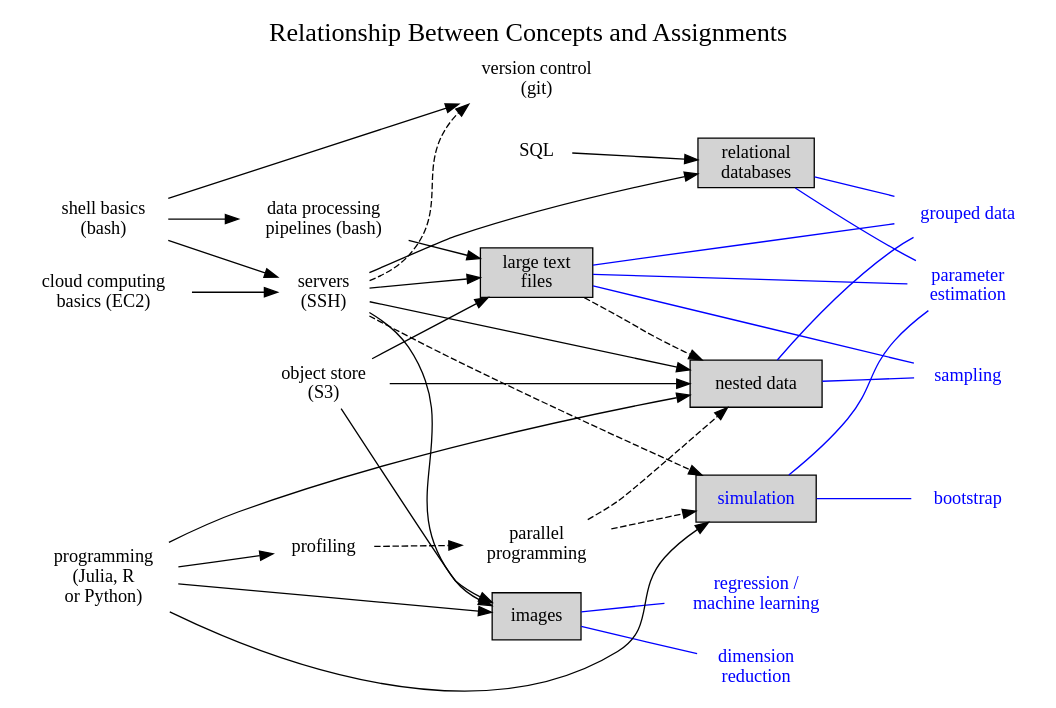
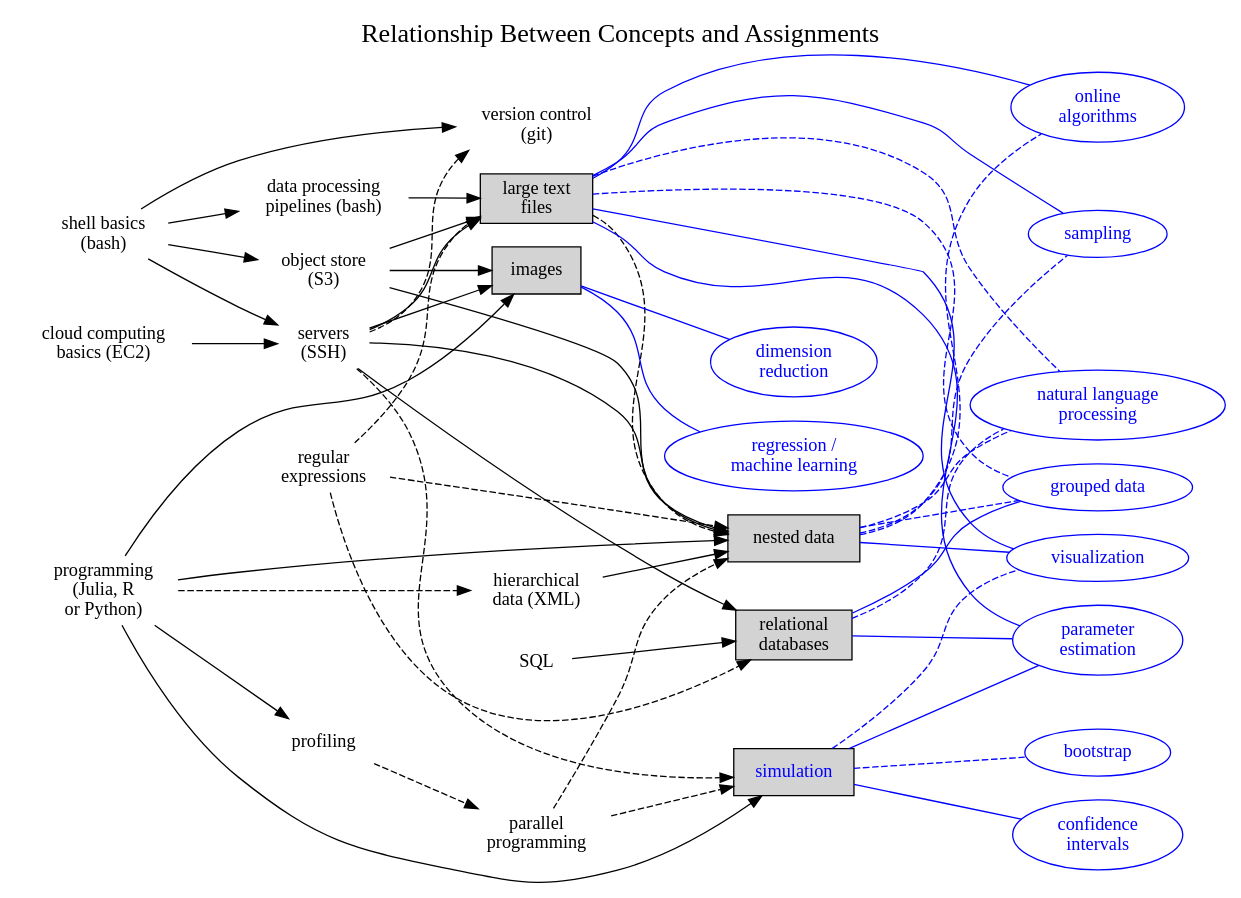
The diagram in order.dot (clarkfitzg/stat196K), drawn with Graphviz before and after one commit.

```diff
--- a/order.dot
+++ b/order.dot
@@ -1,78 +1,103 @@
 digraph {
 rankdir = LR;
 labelloc="t";
 fontsize = 20;
 label="Relationship Between Concepts and Assignments";
 
 // assignments
 node [shape = rectangle, style = filled]
 large_text_files [label = "large text\nfiles"]
 nested_data [label = "nested data"]
 database [label = "relational\ndatabases"]
 images [label = "images"]
 simulation [label = "simulation", fontcolor = blue]
 
 // tech skills
 node [shape = none, style = unfilled]
 shell_basics [label = "shell basics\n(bash)"]
 shell_advanced [label = "data processing\n\pipelines (bash)"]
 ssh [label = "servers\n(SSH)"]
 git [label = "version control\n(git)"]
 profiling
 parallel [label = "parallel\nprogramming"]
 ec2 [label = "cloud computing\nbasics (EC2)"]
 sql [label = "SQL"]
 s3 [label = "object store\n(S3)"]
 programming [label = "programming\n(Julia, R\n or Python)"]
-
-// statistical ideas
-node [shape = none, fontcolor = blue]
-sampling
-bootstrap
-ml [label = "regression /\nmachine learning"]
-grouped [label = "grouped data"]
-estimation [label = "parameter\nestimation"]
-dim_reduce [label = "dimension\nreduction"]
+xml [label = "hierarchical\ndata (XML)"]
+regex [label = "regular\nexpressions"]
 
 // hard dependencies
 shell_basics -> ssh
 shell_basics -> git
 shell_basics -> shell_advanced
+shell_basics -> s3
 shell_advanced -> large_text_files
 ec2 -> ssh
 sql -> database
 s3 -> large_text_files
 s3 -> nested_data
 s3 -> images
 ssh -> large_text_files
 ssh -> nested_data
 ssh -> images
 ssh -> database
 programming -> nested_data
 programming -> profiling
 programming -> images
 programming -> simulation
+xml -> nested_data
+
 
 // soft dependencies
 edge [style = dashed]
+large_text_files -> nested_data
 parallel -> simulation
 parallel -> nested_data
 profiling -> parallel
-large_text_files -> nested_data
+programming -> xml
+regex -> nested_data
+regex -> large_text_files
+regex -> database
 ssh -> simulation
 ssh -> git
 
+// statistical ideas
+node [shape = oval, color = blue, fontcolor = blue]
+sampling
+bootstrap
+visualization
+ml [label = "regression /\nmachine learning"]
+nlp [label = "natural language\nprocessing"]
+grouped [label = "grouped data"]
+estimation [label = "parameter\nestimation"]
+dim_reduce [label = "dimension\nreduction"]
+conf_interval [label = "confidence\nintervals"]
+online_algo [label = "online\nalgorithms"]
+
+// statistics optional connections
+edge [color = blue, dir = none]
+large_text_files -> grouped
+large_text_files -> nlp
+nested_data -> grouped
+nested_data -> sampling
+nested_data -> online_algo
+nested_data -> nlp
+database -> nlp
+simulation -> bootstrap
+simulation -> visualization
+
 // statistics
-edge [style = solid, color = blue, dir = none]
+edge [style = solid]
 large_text_files -> sampling
-nested_data -> sampling
-nested_data -> grouped
-large_text_files -> grouped
+large_text_files -> online_algo
 large_text_files -> estimation
-simulation -> bootstrap
+large_text_files -> visualization
+nested_data -> visualization
 simulation -> estimation
+simulation -> conf_interval
 images -> ml
 images -> dim_reduce
 database -> grouped
 database -> estimation
 }
```
